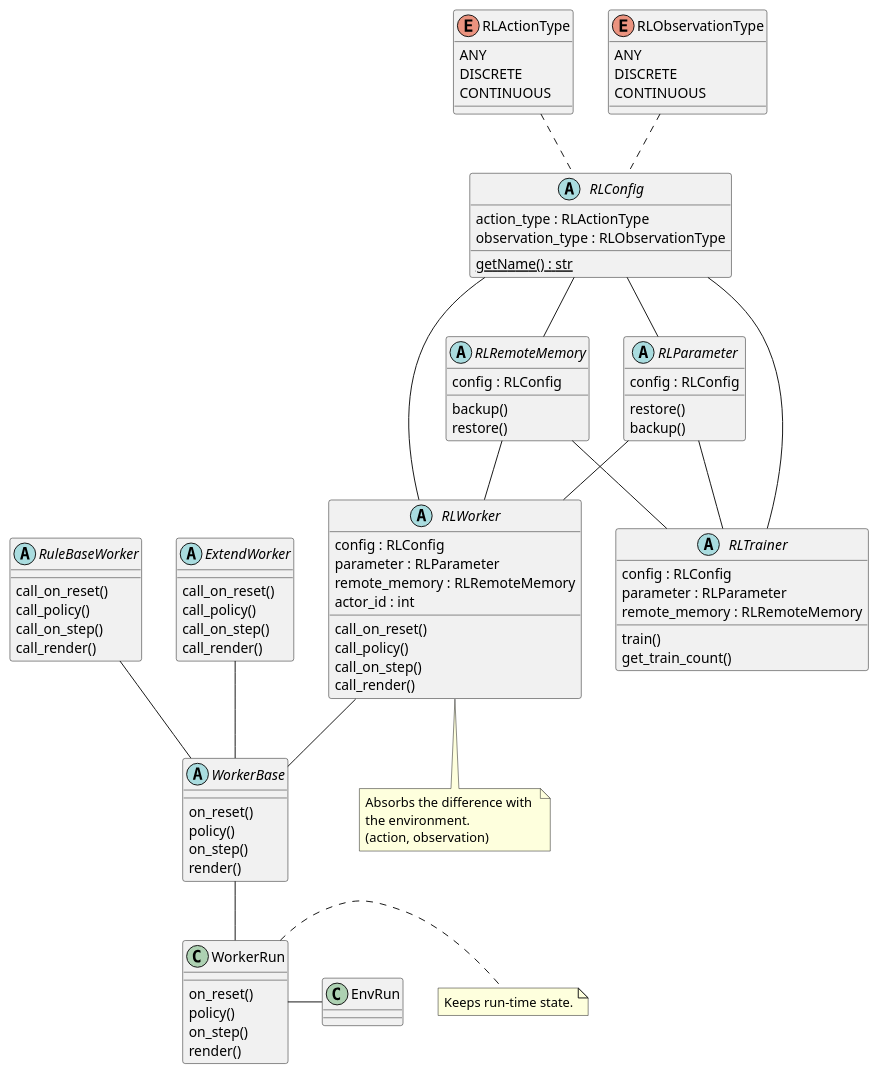
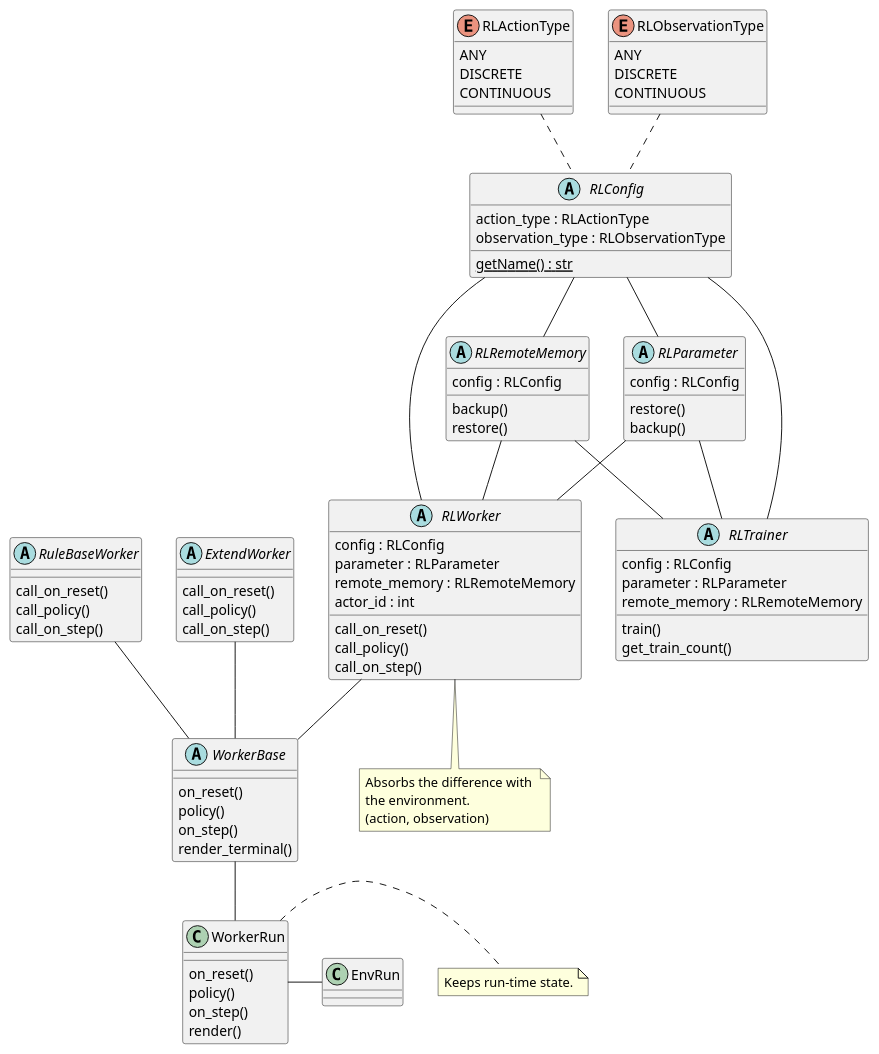
Before and after one commit to pocokhc/simple_distributed_rl: the diagram in diagrams/class_rl.pu, drawn with PlantUML. The commit also changed 36 other files, not shown here.

```diff
--- a/diagrams/class_rl.pu
+++ b/diagrams/class_rl.pu
@@ -1,121 +1,118 @@
 @startuml class_rl
 
 enum RLActionType {
     ANY
     DISCRETE
     CONTINUOUS
 }
 
 enum RLObservationType {
     ANY
     DISCRETE
     CONTINUOUS
 }
 
 
 class EnvRun {}
 
 
 class WorkerRun {
     on_reset()
     policy()
     on_step()
     render()
 }
 
 WorkerRun - EnvRun
 
 note "Keeps run-time state." as WorkerRunMemo
 WorkerRun . WorkerRunMemo
 
 
 abstract WorkerBase {
     on_reset()
     policy()
     on_step()
-    render()
+    render_terminal()
 }
 WorkerBase -- WorkerRun
 
 
 
 abstract RuleBaseWorker {
     call_on_reset()
     call_policy()
     call_on_step()
-    call_render()
 }
 
 RuleBaseWorker -- WorkerBase
 
 
 abstract ExtendWorker {
     call_on_reset()
     call_policy()
     call_on_step()
-    call_render()
 }
 
 ExtendWorker -- WorkerBase
 
 
 
 abstract RLWorker {
     config : RLConfig
     parameter : RLParameter
     remote_memory : RLRemoteMemory
     actor_id : int
     call_on_reset()
     call_policy()
     call_on_step()
-    call_render()
 }
 
 
 RLWorker -- WorkerBase
 
 note "Absorbs the difference with \nthe environment.\n(action, observation)" as RLWorkerMemo
 RLWorker .. RLWorkerMemo
 
 
 abstract RLTrainer {
     config : RLConfig
     parameter : RLParameter
     remote_memory : RLRemoteMemory
     train()
     get_train_count()
 }
 
 abstract RLRemoteMemory {
     config : RLConfig
     backup()
     restore()
 }
 
 abstract RLParameter {
     config : RLConfig
     restore()
     backup()
 }
 
 
 abstract RLConfig {
     {static} getName() : str
     action_type : RLActionType
     observation_type : RLObservationType
 }
 RLActionType .. RLConfig
 RLObservationType .. RLConfig
 
 RLConfig --- RLWorker
 RLConfig --- RLTrainer
 RLConfig -- RLParameter
 RLConfig -- RLRemoteMemory
 
 RLParameter -- RLWorker
 RLParameter -- RLTrainer
 RLRemoteMemory -- RLWorker
 RLRemoteMemory -- RLTrainer
 
 
 @enduml
```
